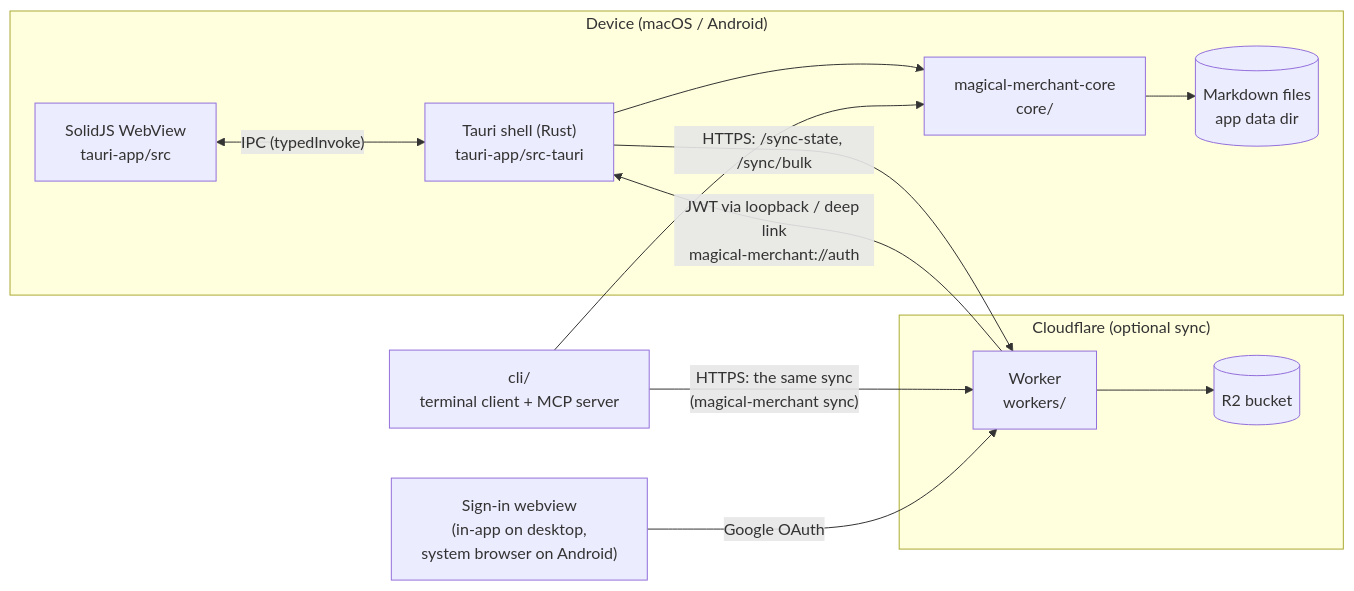
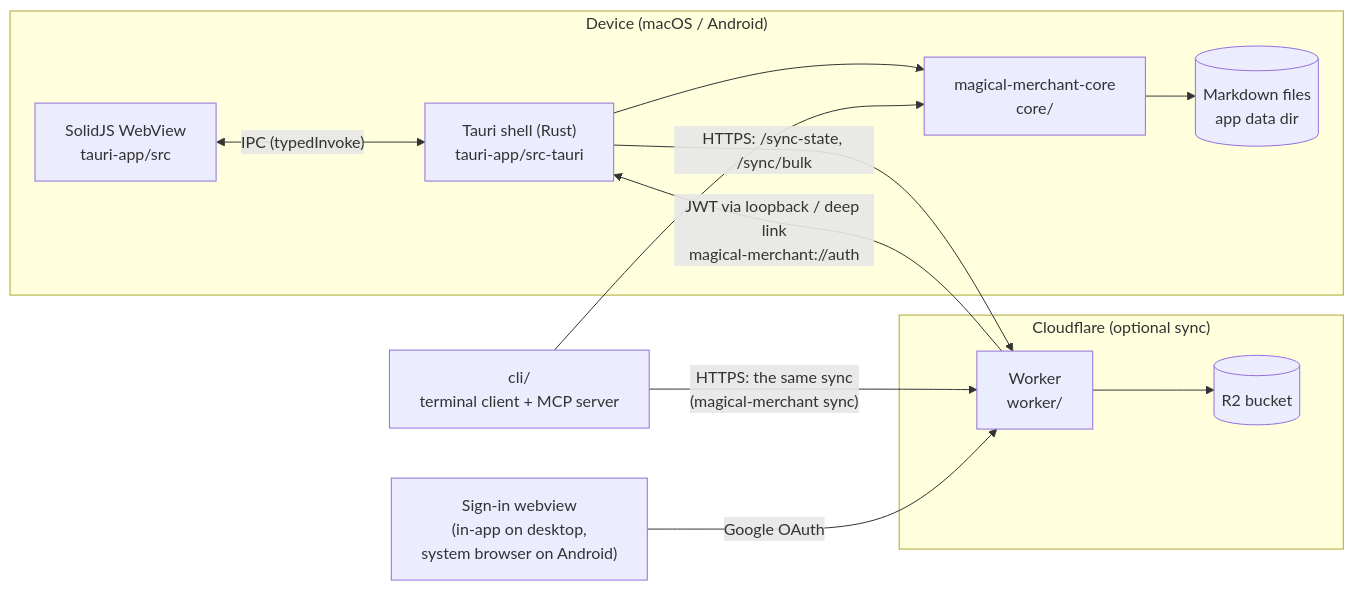
One commit to Xantibody/magical-merchant changed the first of 3 diagrams in docs/introduction.md. Above: the diagram before and after it, drawn with Mermaid. The commit also changed other lines of this file and 26 other files, not shown here.

First line of the commit message:
refactor: move workers/ to worker/

````diff
--- a/docs/introduction.md
+++ b/docs/introduction.md
@@ -14,25 +14,25 @@
 ```mermaid
 flowchart LR
     subgraph Device["Device (macOS / Android)"]
         UI["SolidJS WebView<br/>tauri-app/src"]
         Shell["Tauri shell (Rust)<br/>tauri-app/src-tauri"]
         Core["magical-merchant-core<br/>core/"]
         Files[("Markdown files<br/>app data dir")]
         UI <-- "IPC (typedInvoke)" --> Shell
         Shell --> Core
         Core --> Files
     end
 
     CLI["cli/<br/>terminal client + MCP server"] --> Core
 
     subgraph Cloud["Cloudflare (optional sync)"]
-        Worker["Worker<br/>workers/"]
+        Worker["Worker<br/>worker/"]
         R2[("R2 bucket")]
         Worker --> R2
     end
 
     Shell -- "HTTPS: /sync-state, /sync/bulk" --> Worker
     CLI -- "HTTPS: the same sync<br/>(magical-merchant sync)" --> Worker
     Login["Sign-in webview<br/>(in-app on desktop,<br/>system browser on Android)"] -- "Google OAuth" --> Worker
     Worker -- "JWT via loopback / deep link<br/>magical-merchant://auth" --> Shell
 ```
````
